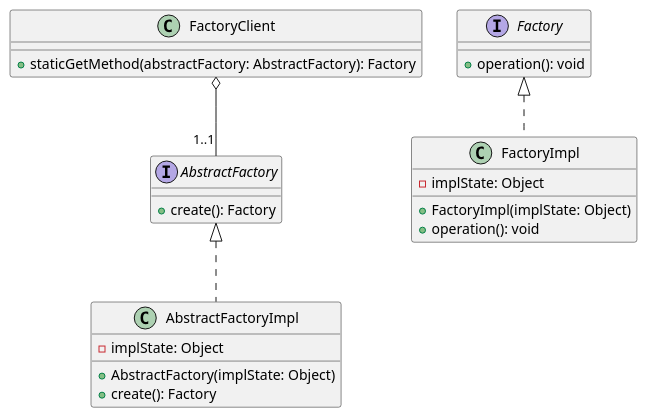
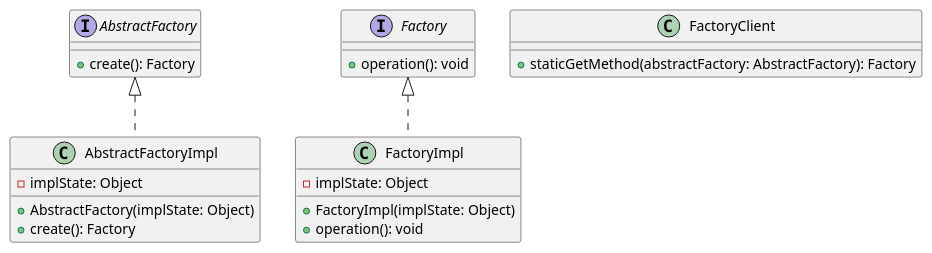
One commit to premkumar1991/Explore changed the diagram in src/designpatterns/factory/template/abstractfactory/abstract_factory_template.puml. Above: the diagram before and after it, drawn with PlantUML.

Commit message:
Association between factory client and abstract factory removed as it is not valid

```diff
--- a/src/designpatterns/factory/template/abstractfactory/abstract_factory_template.puml
+++ b/src/designpatterns/factory/template/abstractfactory/abstract_factory_template.puml
@@ -1,23 +1,21 @@
 @startuml
 interface AbstractFactory{
     + create(): Factory
 }
 class AbstractFactoryImpl implements AbstractFactory{
     - implState: Object
     + AbstractFactory(implState: Object)
     + create(): Factory
 }
 interface Factory{
     + operation(): void
 }
 class FactoryImpl implements Factory{
     - implState: Object
     + FactoryImpl(implState: Object)
     + operation(): void
 }
 class FactoryClient{
     + staticGetMethod(abstractFactory: AbstractFactory): Factory
 }
-'Relationship between classes
-FactoryClient o-- "1..1" AbstractFactory
 @enduml
```
